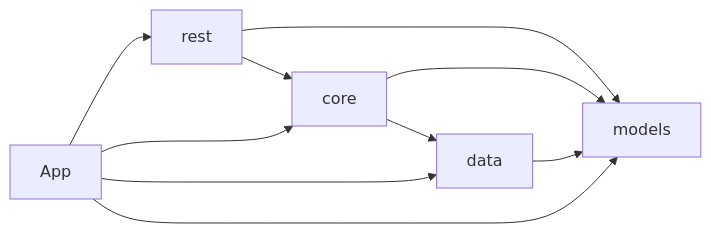
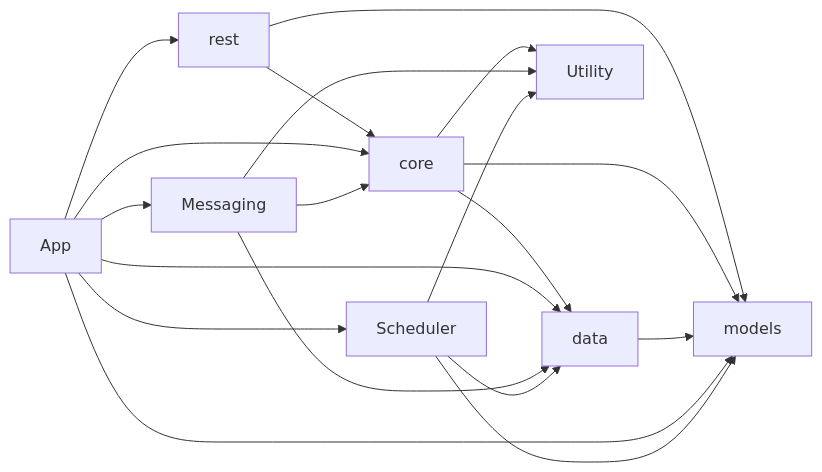
The diagram in README.md (kinshuk4/antaeus), drawn with Mermaid before and after one commit.

Commit message:
docs: Update dependency graph

````diff
--- a/README.md
+++ b/README.md
@@ -82,7 +82,9 @@
 ```mermaid
 graph LR;
     R["rest"]-->C["core"] & M["models"];
-    C --> M & D["data"];
+    C --> M & D["data"] & U["Utility"];
     D --> M;
-    A["App"] --> C & M & D & R
+    A["App"] --> C & M & D & R & S["Scheduler"] & K["Messaging"];
+    K --> C & U & D;
+    S --> M & U & D;
 ```
````
